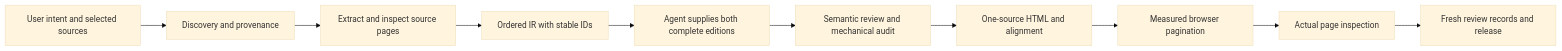
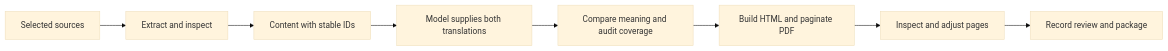
Before and after one commit to FonaTech/Translation_Skills: the diagram in docs/ARCHITECTURE.md, drawn with Mermaid (base theme). The commit also changed other lines of this file and 102 other files, not shown here.

Commit message:
Update v1.0.1 skill package and clarify user documentation

````diff
--- a/docs/ARCHITECTURE.md
+++ b/docs/ARCHITECTURE.md
@@ -3,12 +5,10 @@
 ```mermaid
 flowchart LR
-  A[User intent and selected sources] --> B[Discovery and provenance]
-  B --> C[Extract and inspect source pages]
-  C --> D[Ordered IR with stable IDs]
-  D --> E[Agent supplies both complete editions]
-  E --> F[Semantic review and mechanical audit]
-  F --> G[One-source HTML and alignment]
-  G --> H[Measured browser pagination]
-  H --> I[Actual page inspection]
-  I --> J[Fresh review records and release]
+  A[Selected sources] --> B[Extract and inspect]
+  B --> C[Content with stable IDs]
+  C --> D[Model supplies both translations]
+  D --> E[Compare meaning and audit coverage]
+  E --> F[Build HTML and paginate PDF]
+  F --> G[Inspect and adjust pages]
+  G --> H[Record review and package]
 ```
````
